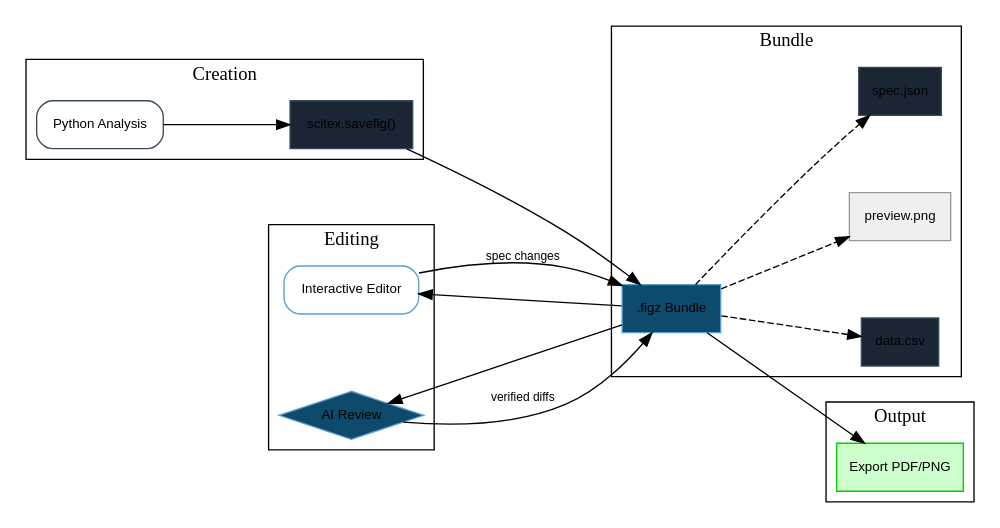
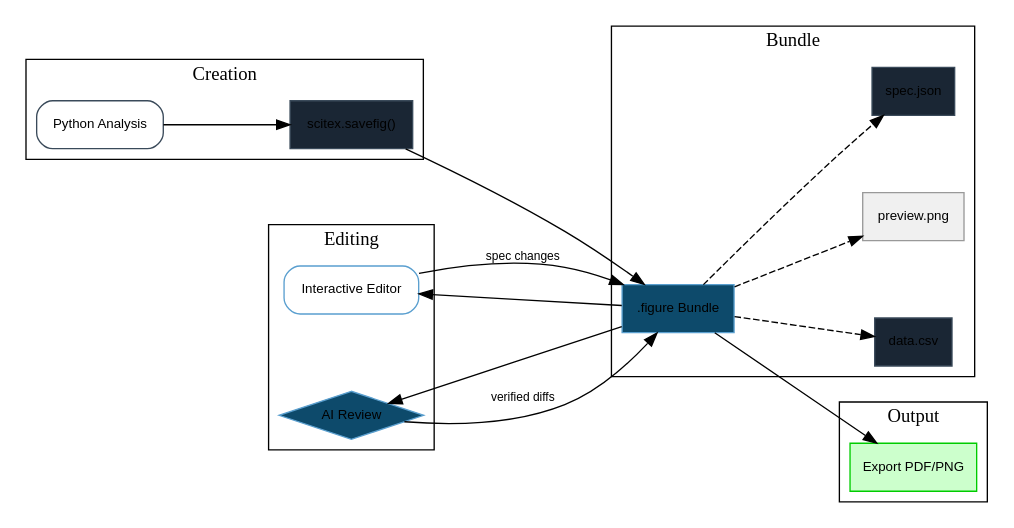
Before and after one commit to ywatanabe1989/scitex-python: the diagram in src/scitex/diagram/.dev/output/scitex_workflow.dot, drawn with Graphviz. The commit also changed 93 other files, not shown here.

```diff
--- a/src/scitex/diagram/.dev/output/scitex_workflow.dot
+++ b/src/scitex/diagram/.dev/output/scitex_workflow.dot
@@ -1,41 +1,41 @@
 digraph G {
     rankdir=LR;
     ranksep=1.2;
     nodesep=0.8;
     node [fontname="Helvetica", fontsize=10];
     edge [fontname="Helvetica", fontsize=9];
 
     subgraph cluster_0 {
         label="Creation";
         python_code [label="Python Analysis", shape=box, fillcolor="#1a2634", style=filled, color="#3a4a5a", style=rounded];
         savefig [label="scitex.savefig()", shape=box, fillcolor="#1a2634", style=filled, color="#3a4a5a"];
     }
     subgraph cluster_1 {
         label="Bundle";
-        figz_bundle [label=".figz Bundle", shape=box, fillcolor="#0d4a6b", style=filled, color="#5a9fcf"];
+        figz_bundle [label=".figure Bundle", shape=box, fillcolor="#0d4a6b", style=filled, color="#5a9fcf"];
         spec_json [label="spec.json", shape=box, fillcolor="#1a2634", style=filled, color="#3a4a5a"];
         data_csv [label="data.csv", shape=box, fillcolor="#1a2634", style=filled, color="#3a4a5a"];
         preview [label="preview.png", shape=box, fillcolor="#f0f0f0", style=filled, color="#999999"];
     }
     subgraph cluster_2 {
         label="Editing";
         editor [label="Interactive Editor", shape=box, fillcolor="#0d4a6b", style=filled, color="#5a9fcf", style=rounded];
         ai_review [label="AI Review", shape=diamond, fillcolor="#0d4a6b", style=filled, color="#5a9fcf"];
     }
     subgraph cluster_3 {
         label="Output";
         export [label="Export PDF/PNG", shape=box, fillcolor="#ccffcc", style=filled, color="#00cc00"];
     }
 
 
     python_code -> savefig;
     savefig -> figz_bundle;
     figz_bundle -> spec_json [style=dashed];
     figz_bundle -> data_csv [style=dashed];
     figz_bundle -> preview [style=dashed];
     figz_bundle -> editor;
     editor -> figz_bundle [label="spec changes"];
     figz_bundle -> ai_review;
     ai_review -> figz_bundle [label="verified diffs"];
     figz_bundle -> export;
 }
```
